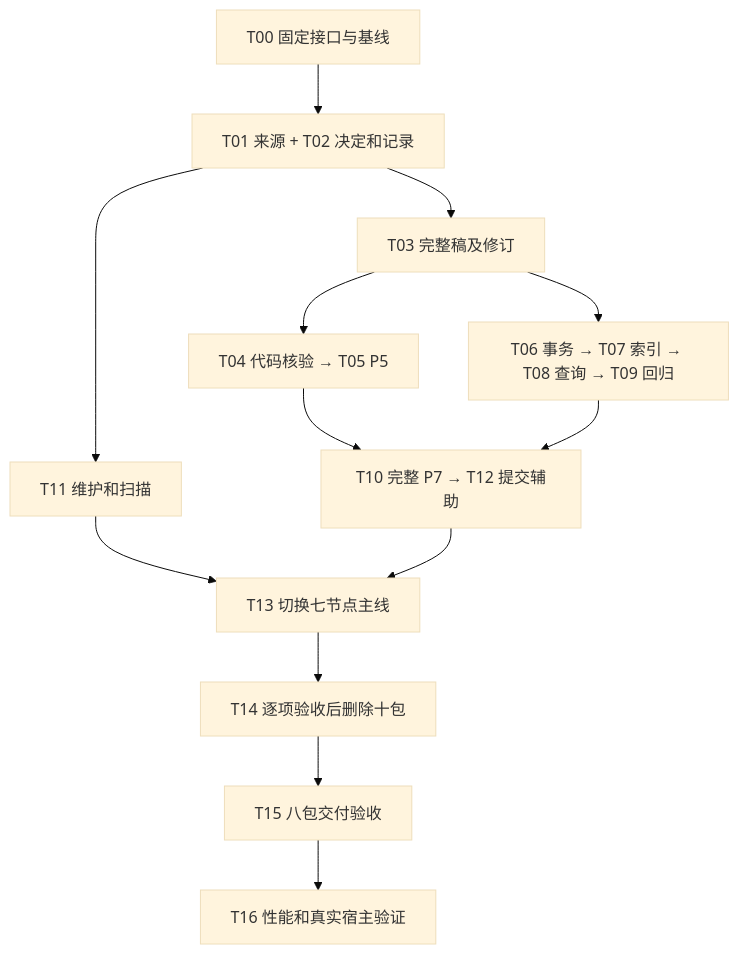
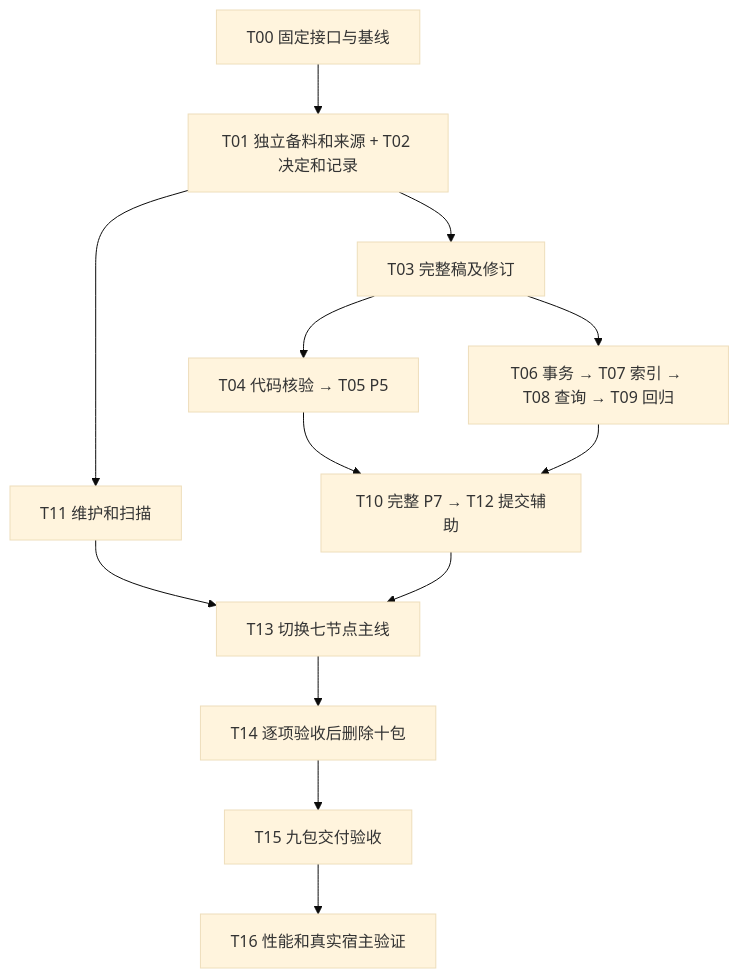
Before and after one commit to Robin-hhc/FactumCore: the second of 2 diagrams in ingest七阶段重构SDD计划.md, drawn with Mermaid (base theme). The commit also changed other lines of this file and 7 other files, not shown here.

````diff
--- a/ingest七阶段重构SDD计划.md
+++ b/ingest七阶段重构SDD计划.md
@@ -181,15 +184,15 @@
 ```mermaid
 flowchart TD
-    A["T00 固定接口与基线"] --> B["T01 来源 + T02 决定和记录"]
+    A["T00 固定接口与基线"] --> B["T01 独立备料和来源 + T02 决定和记录"]
     B --> C["T03 完整稿及修订"]
     C --> D["T04 代码核验 → T05 P5"]
     C --> E["T06 事务 → T07 索引 → T08 查询 → T09 回归"]
     B --> F["T11 维护和扫描"]
     D --> G["T10 完整 P7 → T12 提交辅助"]
     E --> G
     F --> H["T13 切换七节点主线"]
     G --> H
     H --> I["T14 逐项验收后删除十包"]
-    I --> J["T15 八包交付验收"]
+    I --> J["T15 九包交付验收"]
     J --> K["T16 性能和真实宿主验证"]
 ```
````
